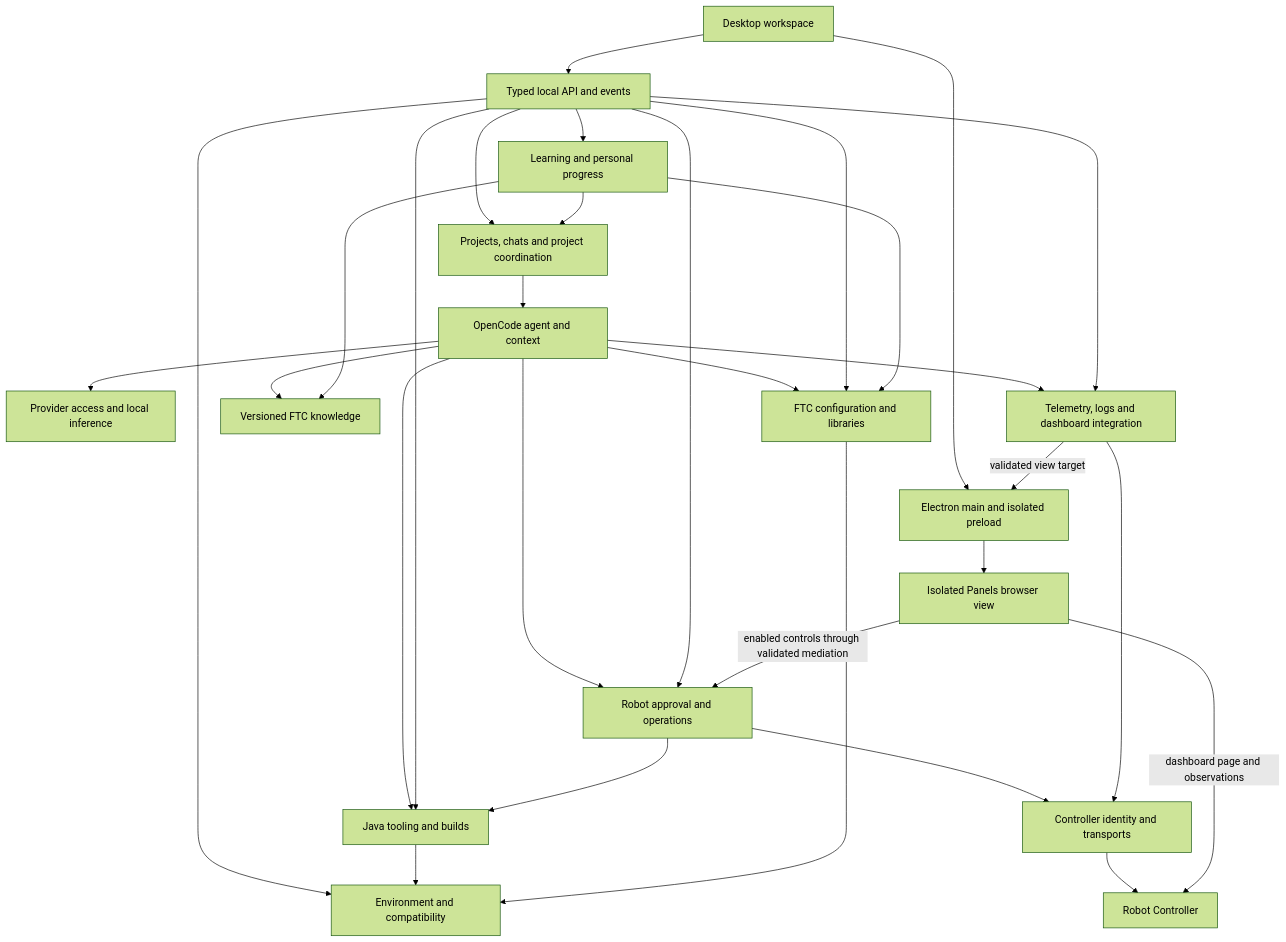
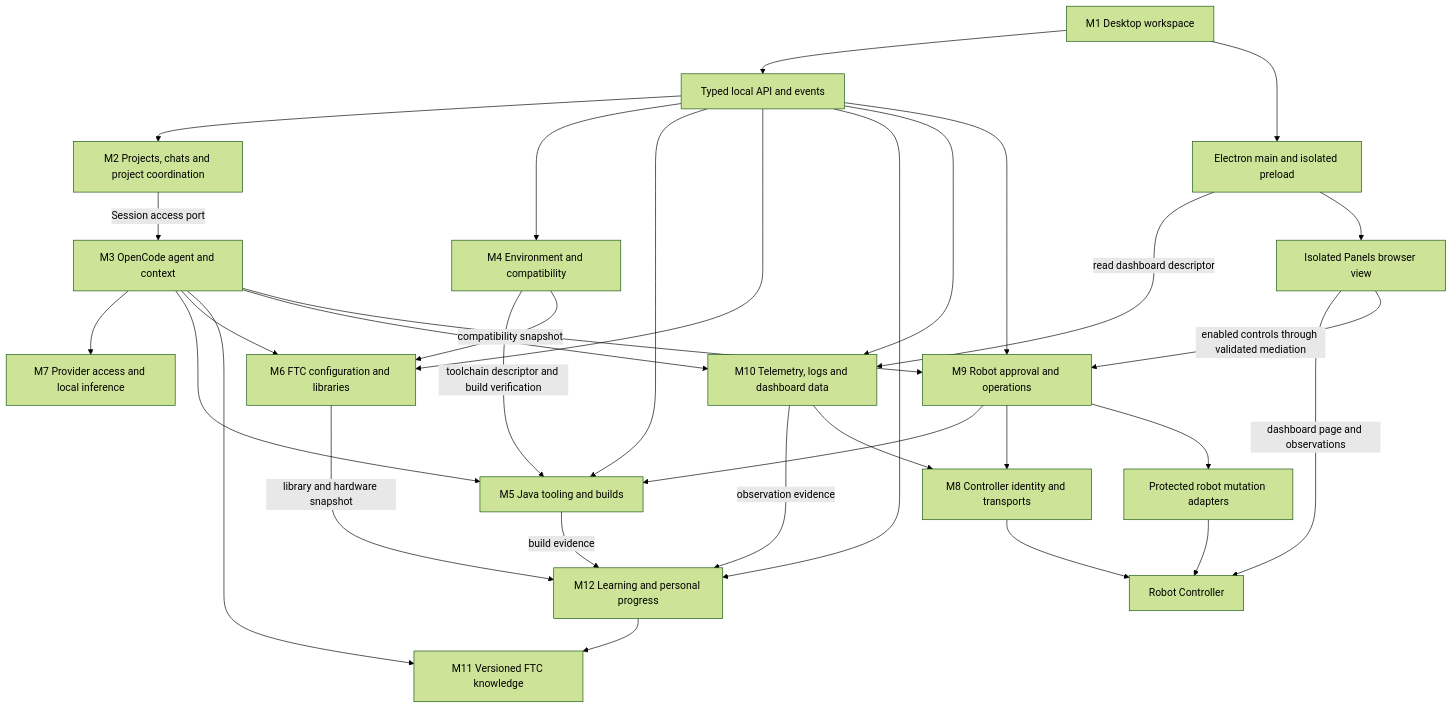
Before and after one commit to Sakzyo/coding_tree: the first of 2 diagrams in docs/high-level-design.md, drawn with Mermaid (forest theme). The commit also changed other lines of this file, not shown here.

Commit message:
docs(ftc): define independent module contracts

````diff
--- a/docs/high-level-design.md
+++ b/docs/high-level-design.md
@@ -46,49 +62,53 @@
 ```mermaid
 flowchart TB
-  UI[Desktop workspace]
+  UI[M1 Desktop workspace]
   Shell[Electron main and isolated preload]
   API[Typed local API and events]
-  Projects[Projects, chats and project coordination]
-  Agent[OpenCode agent and context]
-  AI[Provider access and local inference]
-  Env[Environment and compatibility]
-  Java[Java tooling and builds]
-  Config[FTC configuration and libraries]
-  Knowledge[Versioned FTC knowledge]
-  Learning[Learning and personal progress]
-  Ops[Robot approval and operations]
-  Connection[Controller identity and transports]
-  Diagnostics[Telemetry, logs and dashboard integration]
+  Projects[M2 Projects, chats and project coordination]
+  Agent[M3 OpenCode agent and context]
+  AI[M7 Provider access and local inference]
+  Env[M4 Environment and compatibility]
+  Java[M5 Java tooling and builds]
+  Config[M6 FTC configuration and libraries]
+  Knowledge[M11 Versioned FTC knowledge]
+  Learning[M12 Learning and personal progress]
+  Ops[M9 Robot approval and operations]
+  Mutation[Protected robot mutation adapters]
+  Connection[M8 Controller identity and transports]
+  Diagnostics[M10 Telemetry, logs and dashboard data]
   View[Isolated Panels browser view]
   Robot[Robot Controller]
 
   UI --> API
   UI --> Shell
   API --> Projects
-  Projects --> Agent
+  Projects -->|Session access port| Agent
   Agent --> AI
   Agent --> Java
   Agent --> Config
   Agent --> Knowledge
   Agent --> Diagnostics
   Agent --> Ops
   API --> Env
   API --> Java
   API --> Config
   API --> Learning
   API --> Diagnostics
   API --> Ops
-  Java --> Env
-  Config --> Env
+  Env -->|toolchain descriptor and build verification| Java
+  Env -->|compatibility snapshot| Config
   Learning --> Knowledge
-  Learning --> Projects
-  Learning --> Config
+  Config -->|library and hardware snapshot| Learning
+  Java -->|build evidence| Learning
+  Diagnostics -->|observation evidence| Learning
   Ops --> Java
   Ops --> Connection
+  Ops --> Mutation
+  Mutation --> Robot
   Diagnostics --> Connection
   Connection --> Robot
-  Diagnostics -->|validated view target| Shell
+  Shell -->|read dashboard descriptor| Diagnostics
   Shell --> View
   View -->|dashboard page and observations| Robot
   View -->|enabled controls through validated mediation| Ops
 ```
````
